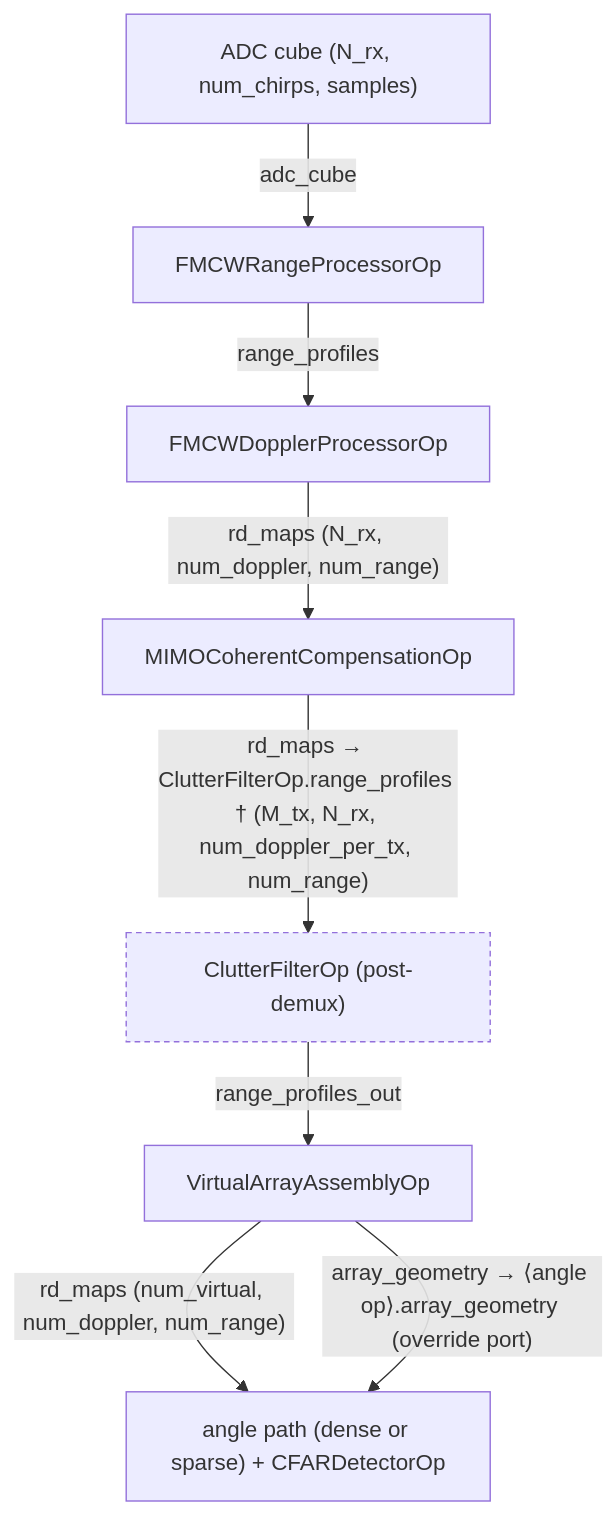
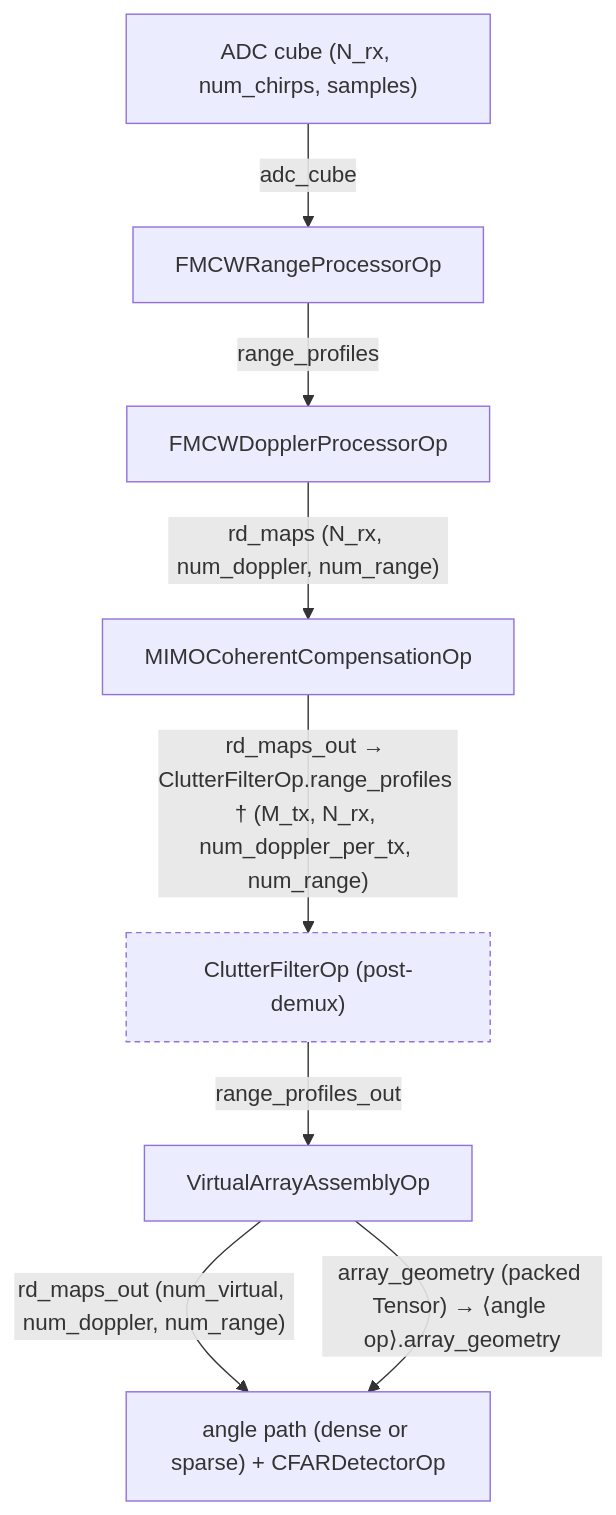
Before and after one commit to nvidia-holoscan/holoscan-radar: the seventh of 7 diagrams in docs/planning/WORKFLOWS.md, drawn with Mermaid. The commit also changed other lines of this file and 26 other files, not shown here.

````diff
--- a/docs/planning/WORKFLOWS.md
+++ b/docs/planning/WORKFLOWS.md
@@ -229,12 +229,12 @@
 ```mermaid
 flowchart TD
   classDef opt stroke-dasharray:4 3
   ADC["ADC cube (N_rx, num_chirps, samples)"] -->|"adc_cube"| RANGE["FMCWRangeProcessorOp"]
   RANGE -->|"range_profiles"| DOPP["FMCWDopplerProcessorOp"]
   DOPP -->|"rd_maps (N_rx, num_doppler, num_range)"| COMP["MIMOCoherentCompensationOp"]
-  COMP -->|"rd_maps → ClutterFilterOp.range_profiles † (M_tx, N_rx, num_doppler_per_tx, num_range)"| CLUT["ClutterFilterOp (post-demux)"]
+  COMP -->|"rd_maps_out → ClutterFilterOp.range_profiles † (M_tx, N_rx, num_doppler_per_tx, num_range)"| CLUT["ClutterFilterOp (post-demux)"]
   CLUT -->|"range_profiles_out"| VAA["VirtualArrayAssemblyOp"]
-  VAA -->|"rd_maps (num_virtual, num_doppler, num_range)"| ANGLE["angle path (dense or sparse) + CFARDetectorOp"]
-  VAA -->|"array_geometry → ⟨angle op⟩.array_geometry (override port)"| ANGLE
+  VAA -->|"rd_maps_out (num_virtual, num_doppler, num_range)"| ANGLE["angle path (dense or sparse) + CFARDetectorOp"]
+  VAA -->|"array_geometry (packed Tensor) → ⟨angle op⟩.array_geometry"| ANGLE
   class CLUT opt
 ```
````
